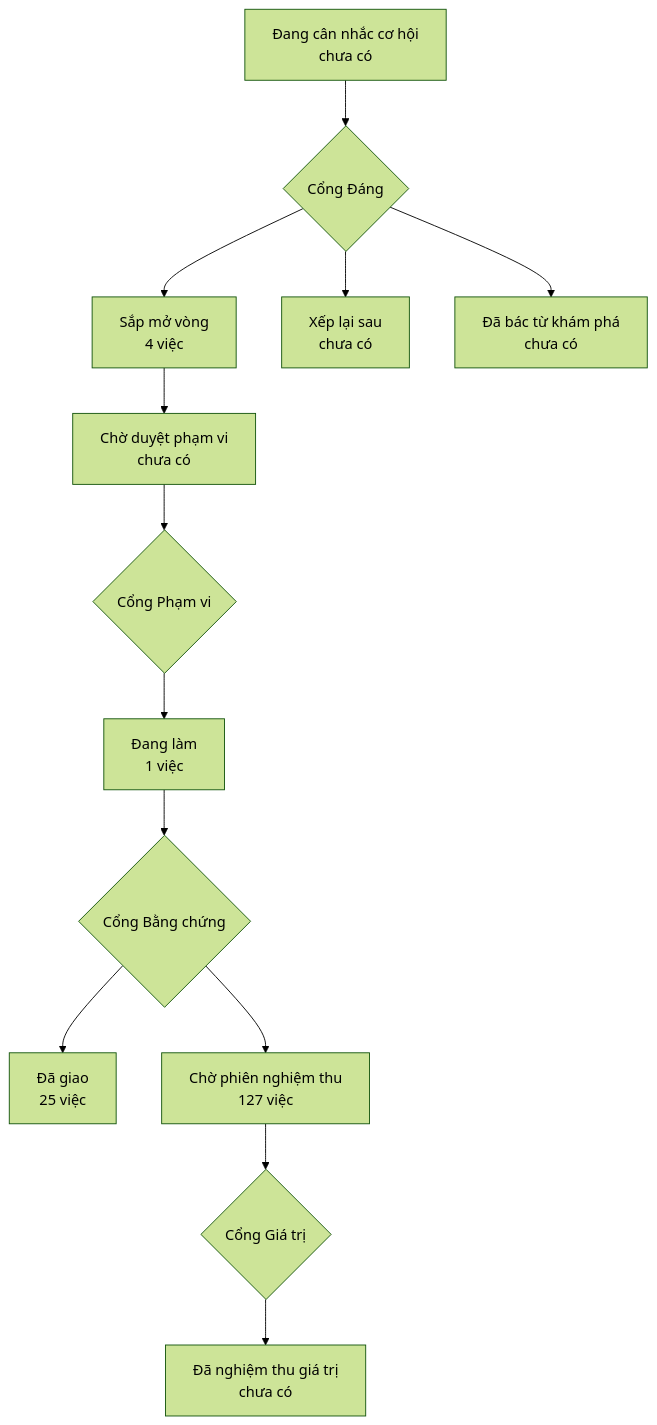
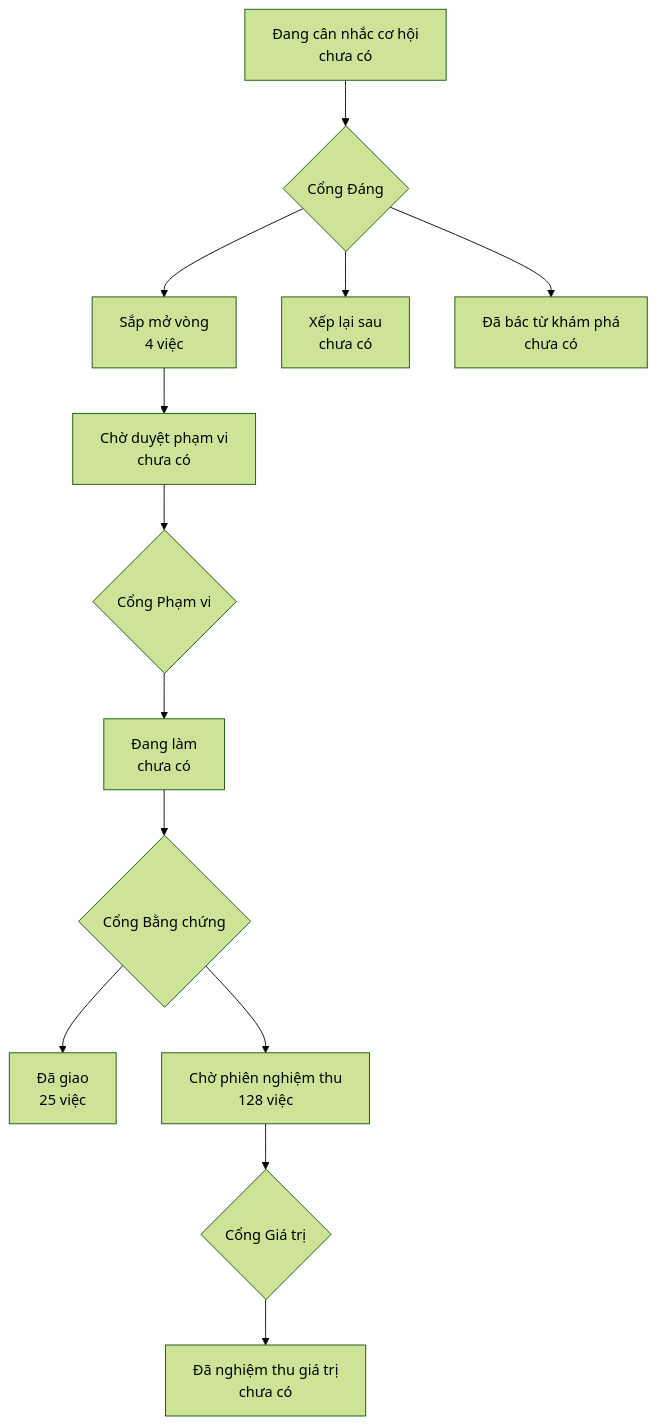
Before and after one commit to phanlemanh/onehub-quy-hang: the diagram in PRODUCT-MAP.md, drawn with Mermaid (forest theme). The commit also changed other lines of this file and 6 other files, not shown here.

````diff
--- a/PRODUCT-MAP.md
+++ b/PRODUCT-MAP.md
@@ -7,12 +7,12 @@
 ```mermaid
 flowchart TD
   A["Đang cân nhắc cơ hội<br/>chưa có"] --> GD{"Cổng Đáng"}
   GD --> B["Sắp mở vòng<br/>4 việc"]
   GD --> XL["Xếp lại sau<br/>chưa có"]
   GD --> DB["Đã bác từ khám phá<br/>chưa có"]
   B --> CD["Chờ duyệt phạm vi<br/>chưa có"] --> GP{"Cổng Phạm vi"}
-  GP --> DL["Đang làm<br/>1 việc"] --> GB{"Cổng Bằng chứng"}
+  GP --> DL["Đang làm<br/>chưa có"] --> GB{"Cổng Bằng chứng"}
   GB --> DG["Đã giao<br/>25 việc"]
-  GB --> CN["Chờ phiên nghiệm thu<br/>127 việc"] --> GG{"Cổng Giá trị"}
+  GB --> CN["Chờ phiên nghiệm thu<br/>128 việc"] --> GG{"Cổng Giá trị"}
   GG --> NT["Đã nghiệm thu giá trị<br/>chưa có"]
 ```
````
